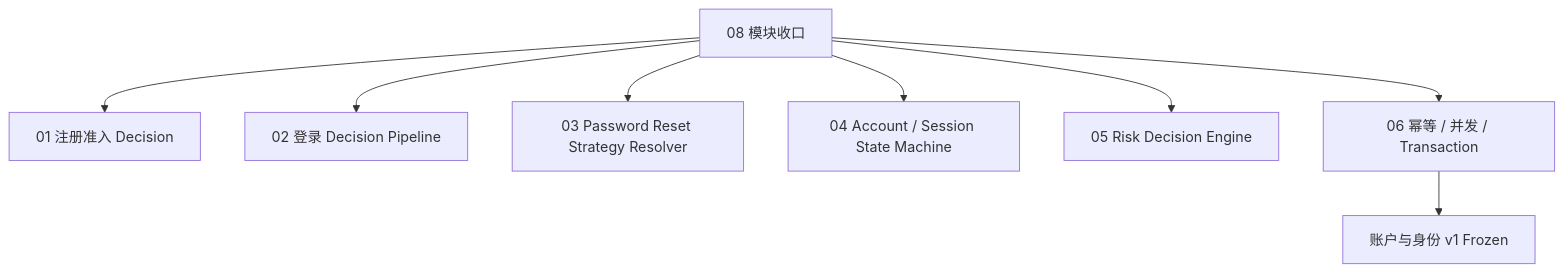
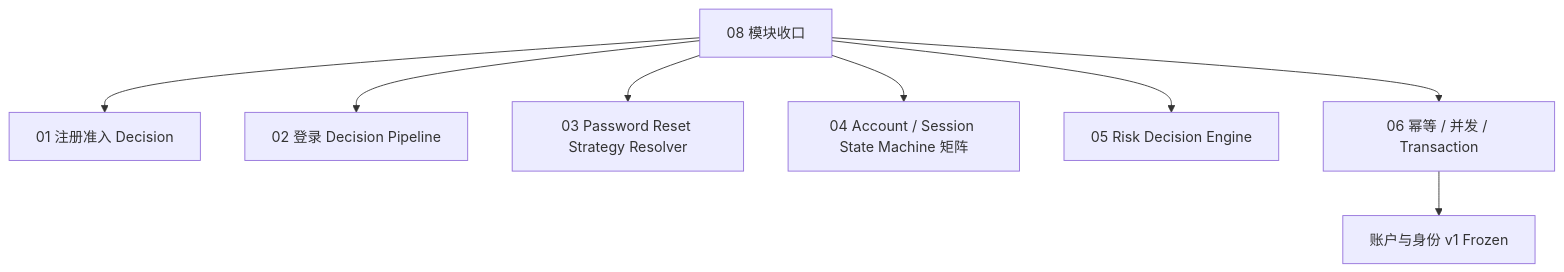
The ninth of 9 diagrams in docs/system-design/01-账户与身份/账户与身份模块.md (sxyq/mastergoods), drawn with Mermaid before and after one commit. The commit also changed other lines of this file and 10 other files, not shown here.

````diff
--- a/docs/system-design/01-账户与身份/账户与身份模块.md
+++ b/docs/system-design/01-账户与身份/账户与身份模块.md
@@ -529,13 +520,13 @@
 ```mermaid
 flowchart TD
     D08[08 模块收口]
 
     D08 --> D1[01 注册准入 Decision]
     D08 --> D2[02 登录 Decision Pipeline]
     D08 --> D3[03 Password Reset Strategy Resolver]
-    D08 --> D4[04 Account / Session State Machine]
+    D08 --> D4[04 Account / Session State Machine 矩阵]
     D08 --> D5[05 Risk Decision Engine]
     D08 --> D6[06 幂等 / 并发 / Transaction]
 
     D6 --> FREEZE[账户与身份 v1 Frozen]
 ```
````
